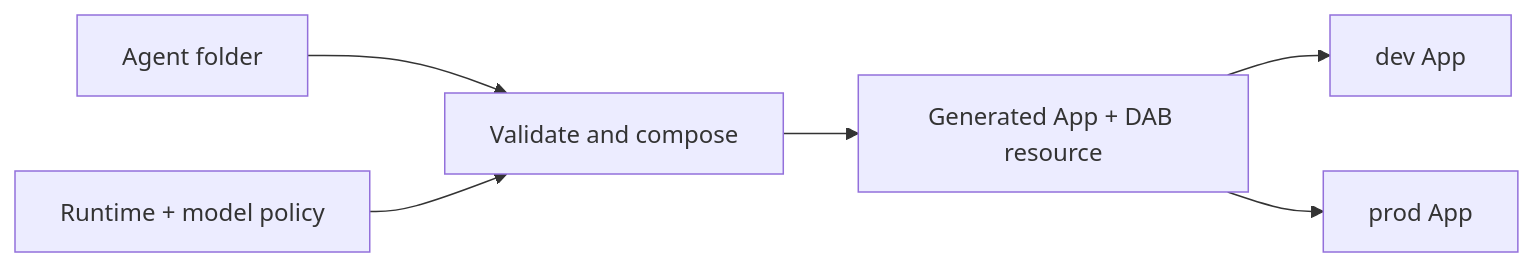
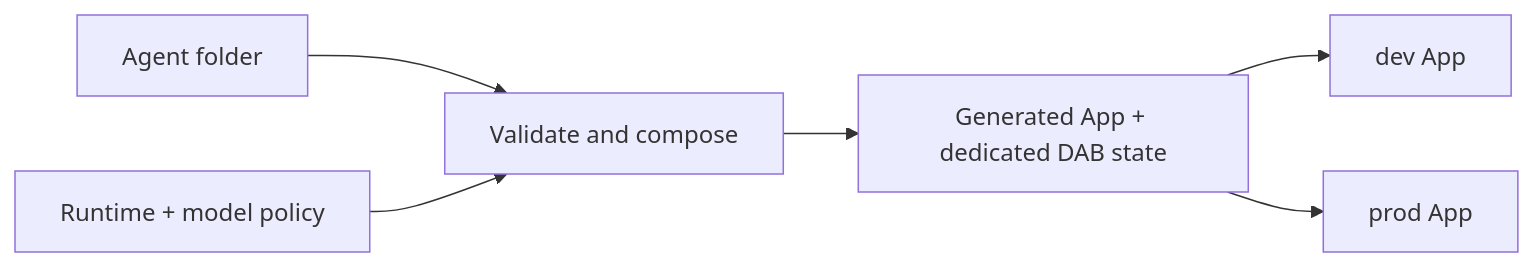
One commit to zacdav-db/databricks-agent-cicd-sandpit changed the third of 3 diagrams in README.md. Above: the diagram before and after it, drawn with Mermaid. The commit also changed other lines of this file and 26 other files, not shown here.

````diff
--- a/README.md
+++ b/README.md
@@ -131,15 +140,15 @@
 ```mermaid
 flowchart LR
     Folder["Agent folder"]
     Platform["Runtime + model policy"]
     Composer["Validate and compose"]
-    Generated["Generated App + DAB resource"]
+    Generated["Generated App + dedicated DAB state"]
     Dev["dev App"]
     Prod["prod App"]
 
     Folder --> Composer
     Platform --> Composer
     Composer --> Generated
     Generated --> Dev
     Generated --> Prod
 ```
````
